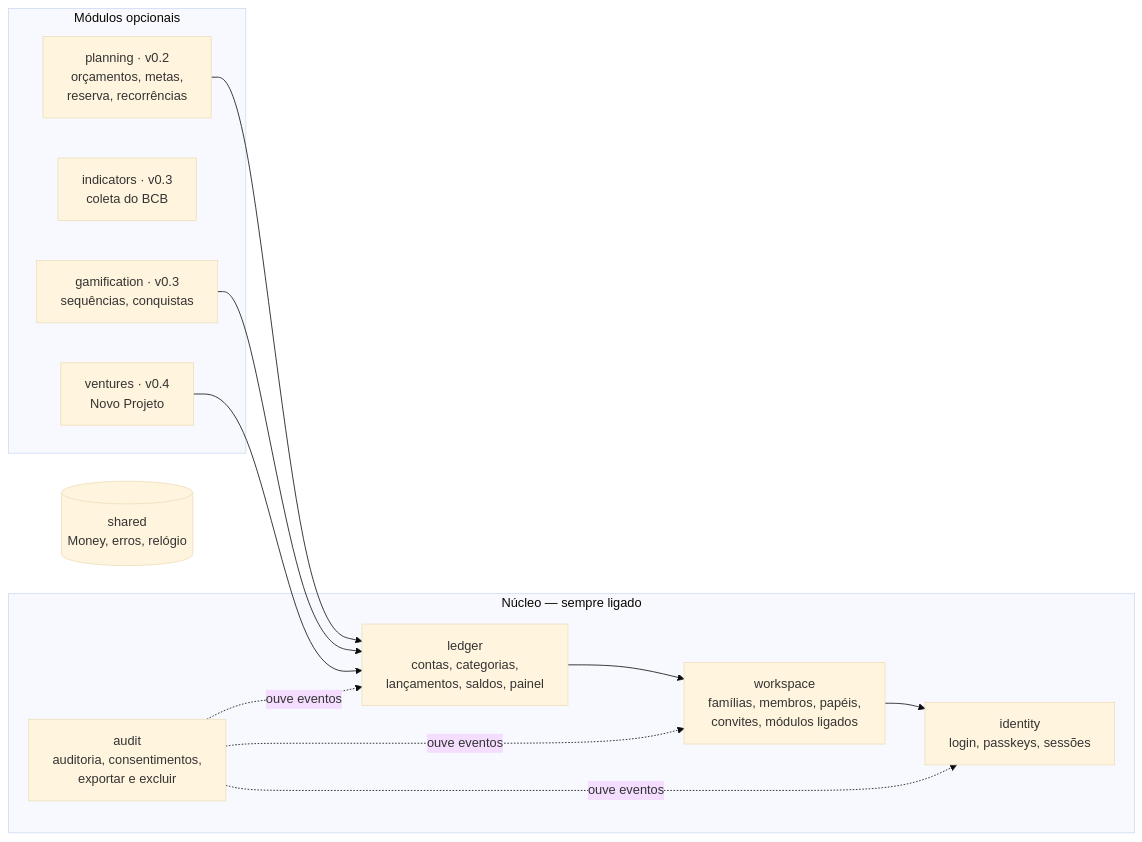
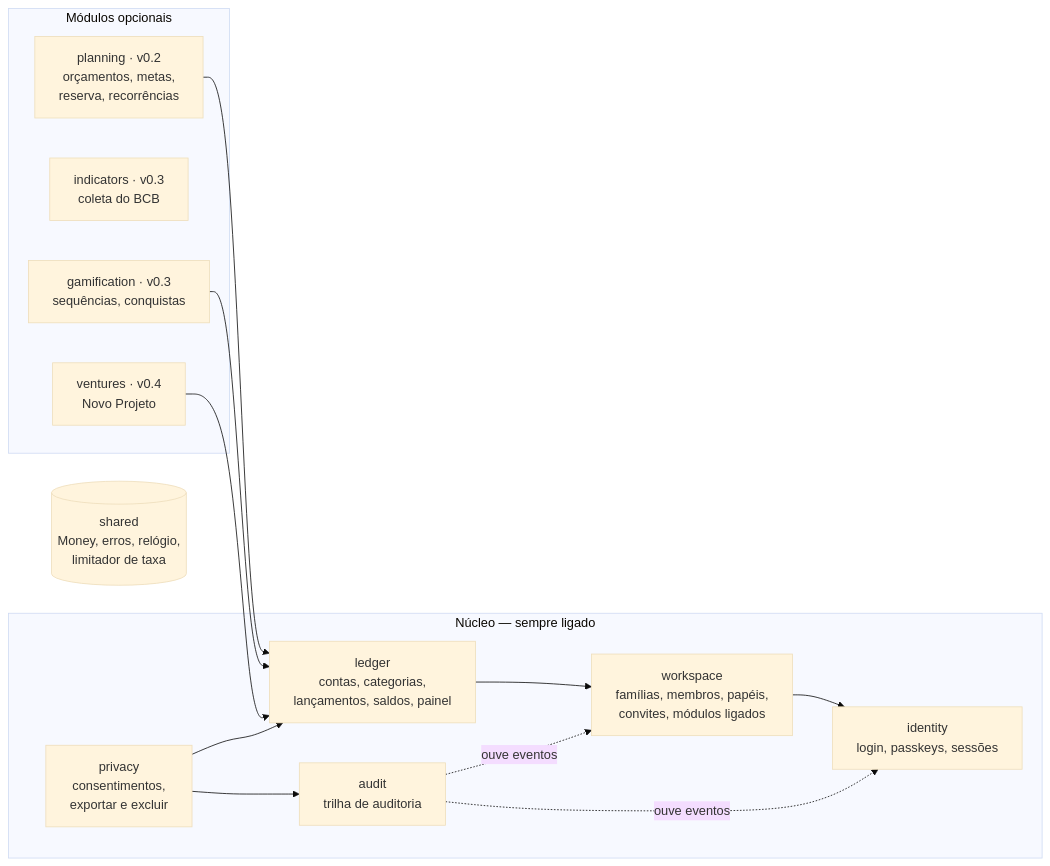
One commit to warthogozz-cyber/liberdade changed the third of 6 diagrams in docs/architecture.md. Above: the diagram before and after it, drawn with Mermaid (base theme). The commit also changed other lines of this file and 1 other file, not shown here.

````diff
--- a/docs/architecture.md
+++ b/docs/architecture.md
@@ -57,22 +57,24 @@
 ```mermaid
 flowchart LR
   subgraph núcleo[Núcleo — sempre ligado]
     identity[identity<br/>login, passkeys, sessões]
     workspace[workspace<br/>famílias, membros, papéis,<br/>convites, módulos ligados]
     ledger[ledger<br/>contas, categorias,<br/>lançamentos, saldos, painel]
-    audit[audit<br/>auditoria, consentimentos,<br/>exportar e excluir]
+    audit[audit<br/>trilha de auditoria]
+    privacy[privacy<br/>consentimentos,<br/>exportar e excluir]
   end
   subgraph opcionais[Módulos opcionais]
     planning[planning · v0.2<br/>orçamentos, metas,<br/>reserva, recorrências]
     indicators[indicators · v0.3<br/>coleta do BCB]
     gamification[gamification · v0.3<br/>sequências, conquistas]
     ventures[ventures · v0.4<br/>Novo Projeto]
   end
-  shared[(shared<br/>Money, erros, relógio)]
+  shared[(shared<br/>Money, erros, relógio,<br/>limitador de taxa)]
   workspace --> identity
   ledger --> workspace
   planning --> ledger
   gamification --> ledger
   ventures --> ledger
-  audit -. ouve eventos .-> identity & workspace & ledger
+  audit -. ouve eventos .-> identity & workspace
+  privacy --> ledger & audit
 ```
````
